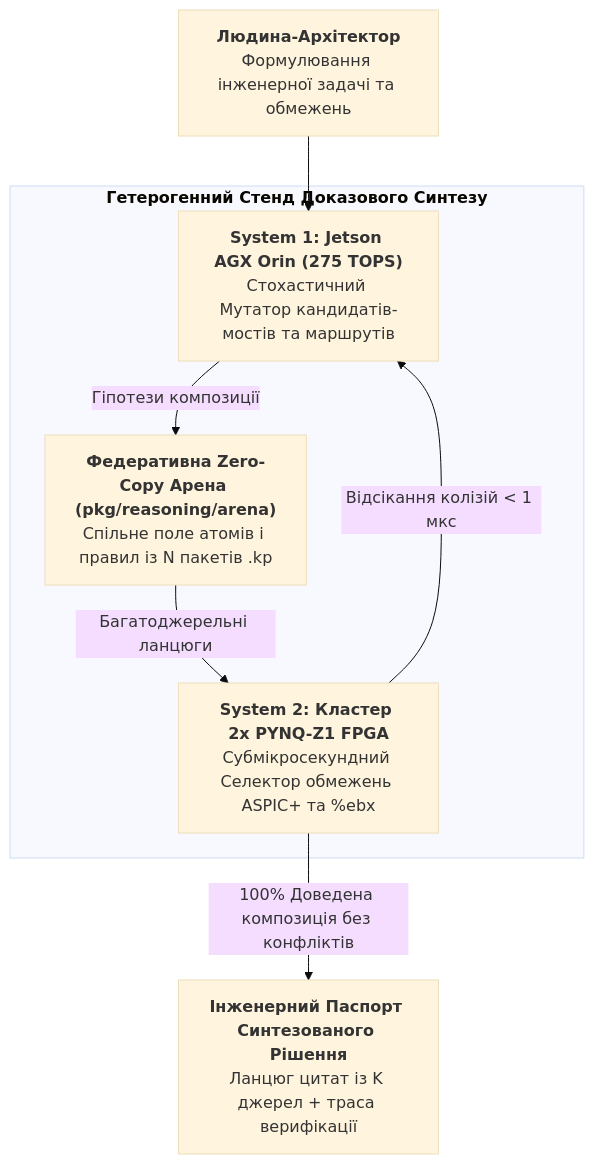
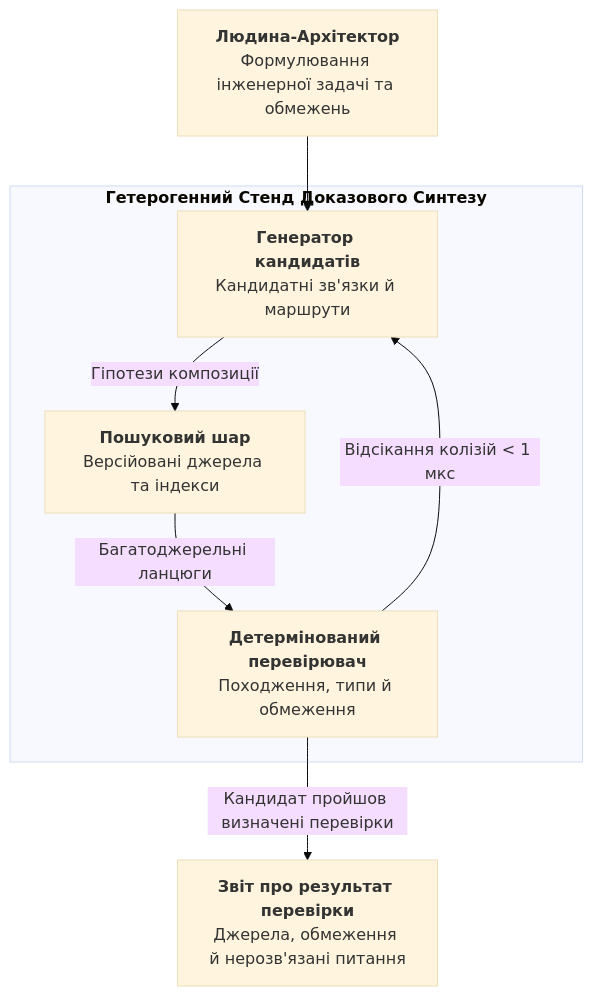
The fifth of 5 diagrams in ExpertSystem/ch29-neuro-symbolic-architecture.md (nick-fedchik/articles), drawn with Mermaid (base theme) before and after one commit. The commit also changed other lines of this file and 193 other files, not shown here.

````diff
--- a/ExpertSystem/ch29-neuro-symbolic-architecture.md
+++ b/ExpertSystem/ch29-neuro-symbolic-architecture.md
@@ -757,16 +757,16 @@
 ```mermaid
 flowchart TD
     Architect["<b>Людина-Архітектор</b><br/>Формулювання інженерної задачі та обмежень"] --> System1
     
     subgraph Stand["<b>Гетерогенний Стенд Доказового Синтезу</b>"]
-        System1["<b>System 1: Jetson AGX Orin (275 TOPS)</b><br/>Стохастичний Мутатор кандидатів-мостів та маршрутів"]
-        Arena["<b>Федеративна Zero-Copy Арена (pkg/reasoning/arena)</b><br/>Спільне поле атомів і правил із N пакетів .kp"]
-        System2["<b>System 2: Кластер 2x PYNQ-Z1 FPGA</b><br/>Субмікросекундний Селектор обмежень ASPIC+ та %ebx"]
+		System1["<b>Генератор кандидатів</b><br/>Кандидатні зв'язки й маршрути"]
+		Arena["<b>Пошуковий шар</b><br/>Версійовані джерела та індекси"]
+		System2["<b>Детермінований перевірювач</b><br/>Походження, типи й обмеження"]
         
         System1 -->|"Гіпотези композиції"| Arena
         Arena -->|"Багатоджерельні ланцюги"| System2
         System2 -->|"Відсікання колізій < 1 мкс"| System1
     end
     
-    System2 -->|"100% Доведена композиція без конфліктів"| Passport["<b>Інженерний Паспорт Синтезованого Рішення</b><br/>Ланцюг цитат із K джерел + траса верифікації"]
+	System2 -->|"Кандидат пройшов визначені перевірки"| Passport["<b>Звіт про результат перевірки</b><br/>Джерела, обмеження й нерозв'язані питання"]
 ```
````
